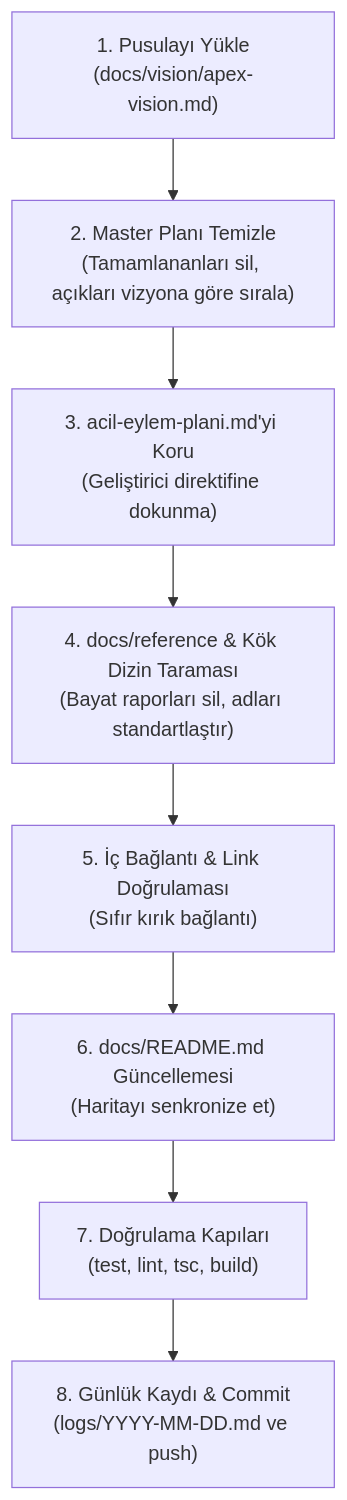
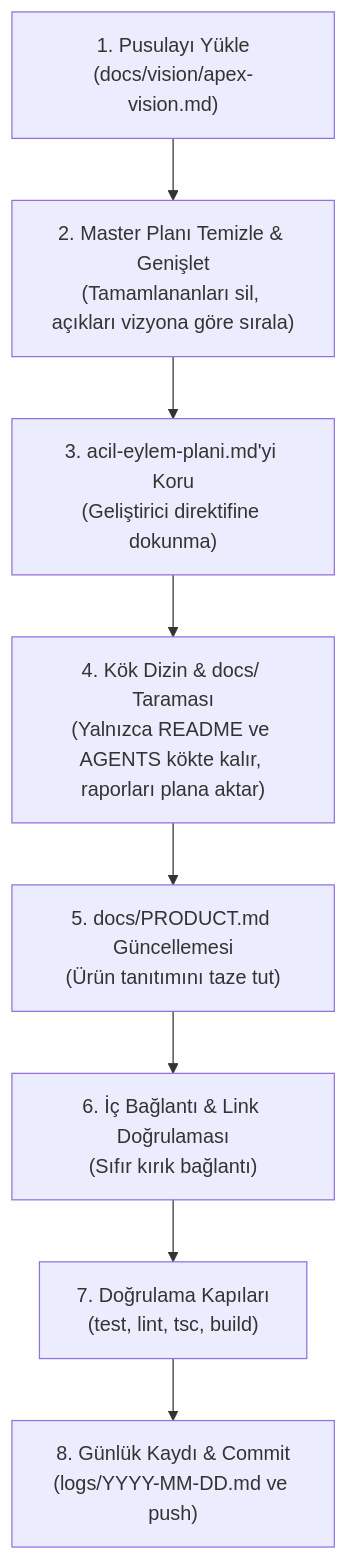
The diagram in docs/README.md (ugurshelby/project-anthology), drawn with Mermaid before and after one commit. The commit also changed other lines of this file and 11 other files, not shown here.

Commit message:
docs: enforce root doc constraint, relocate PRODUCT and DENETIM to docs, merge ROADMAP into master-plan

````diff
--- a/docs/README.md
+++ b/docs/README.md
@@ -83,10 +99,10 @@
 ```mermaid
 graph TD
-    A["1. Pusulayı Yükle<br>(docs/vision/apex-vision.md)"] --> B["2. Master Planı Temizle<br>(Tamamlananları sil, açıkları vizyona göre sırala)"]
+    A["1. Pusulayı Yükle<br>(docs/vision/apex-vision.md)"] --> B["2. Master Planı Temizle & Genişlet<br>(Tamamlananları sil, açıkları vizyona göre sırala)"]
     B --> C["3. acil-eylem-plani.md'yi Koru<br>(Geliştirici direktifine dokunma)"]
-    C --> D["4. docs/reference & Kök Dizin Taraması<br>(Bayat raporları sil, adları standartlaştır)"]
-    D --> E["5. İç Bağlantı & Link Doğrulaması<br>(Sıfır kırık bağlantı)"]
-    E --> F["6. docs/README.md Güncellemesi<br>(Haritayı senkronize et)"]
+    C --> D["4. Kök Dizin & docs/ Taraması<br>(Yalnızca README ve AGENTS kökte kalır, raporları plana aktar)"]
+    D --> E["5. docs/PRODUCT.md Güncellemesi<br>(Ürün tanıtımını taze tut)"]
+    E --> F["6. İç Bağlantı & Link Doğrulaması<br>(Sıfır kırık bağlantı)"]
     F --> G["7. Doğrulama Kapıları<br>(test, lint, tsc, build)"]
     G --> H["8. Günlük Kaydı & Commit<br>(logs/YYYY-MM-DD.md ve push)"]
 ```
````
